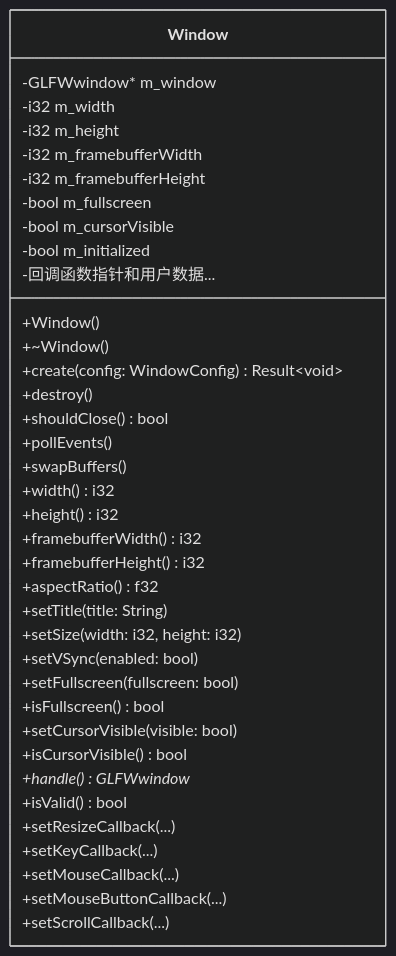
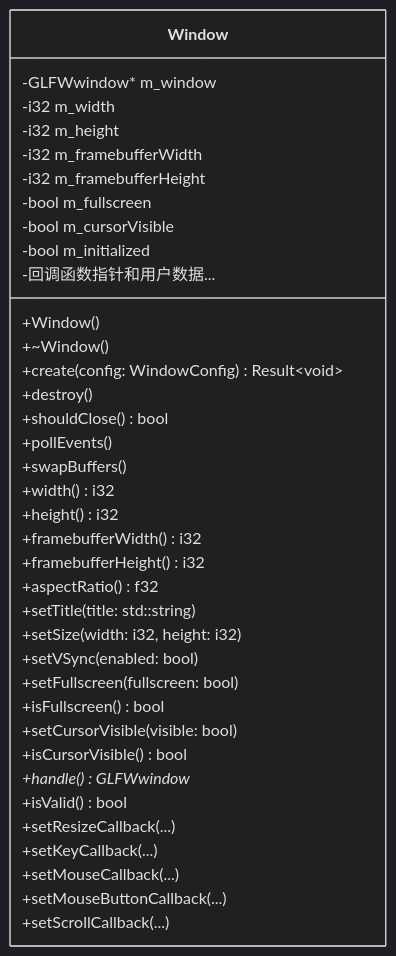
Before and after one commit to g122622/Cubium: the first of 2 diagrams in src/client/window/README.md, drawn with Mermaid (dark theme). The commit also changed other lines of this file and 823 other files, not shown here.

````diff
--- a/src/client/window/README.md
+++ b/src/client/window/README.md
@@ -38,41 +38,41 @@
 ```mermaid
 classDiagram
     class Window {
         -GLFWwindow* m_window
         -i32 m_width
         -i32 m_height
         -i32 m_framebufferWidth
         -i32 m_framebufferHeight
         -bool m_fullscreen
         -bool m_cursorVisible
         -bool m_initialized
         -回调函数指针和用户数据...
         
         +Window()
         +~Window()
         +create(config: WindowConfig) Result~void~
         +destroy()
         +shouldClose() bool
         +pollEvents()
         +swapBuffers()
         +width() i32
         +height() i32
         +framebufferWidth() i32
         +framebufferHeight() i32
         +aspectRatio() f32
-        +setTitle(title: String)
+        +setTitle(title: std::string)
         +setSize(width: i32, height: i32)
         +setVSync(enabled: bool)
         +setFullscreen(fullscreen: bool)
         +isFullscreen() bool
         +setCursorVisible(visible: bool)
         +isCursorVisible() bool
         +handle() GLFWwindow*
         +isValid() bool
         +setResizeCallback(...)
         +setKeyCallback(...)
         +setMouseCallback(...)
         +setMouseButtonCallback(...)
         +setScrollCallback(...)
     }
 ```
````
